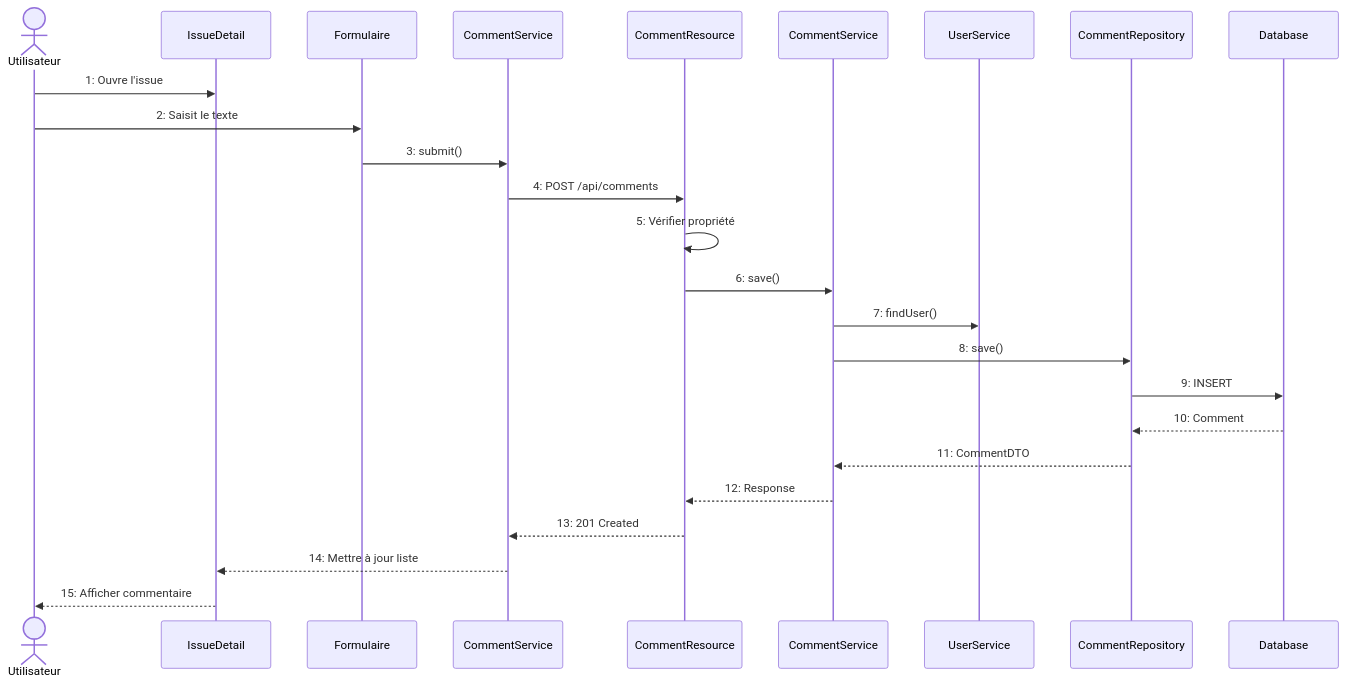
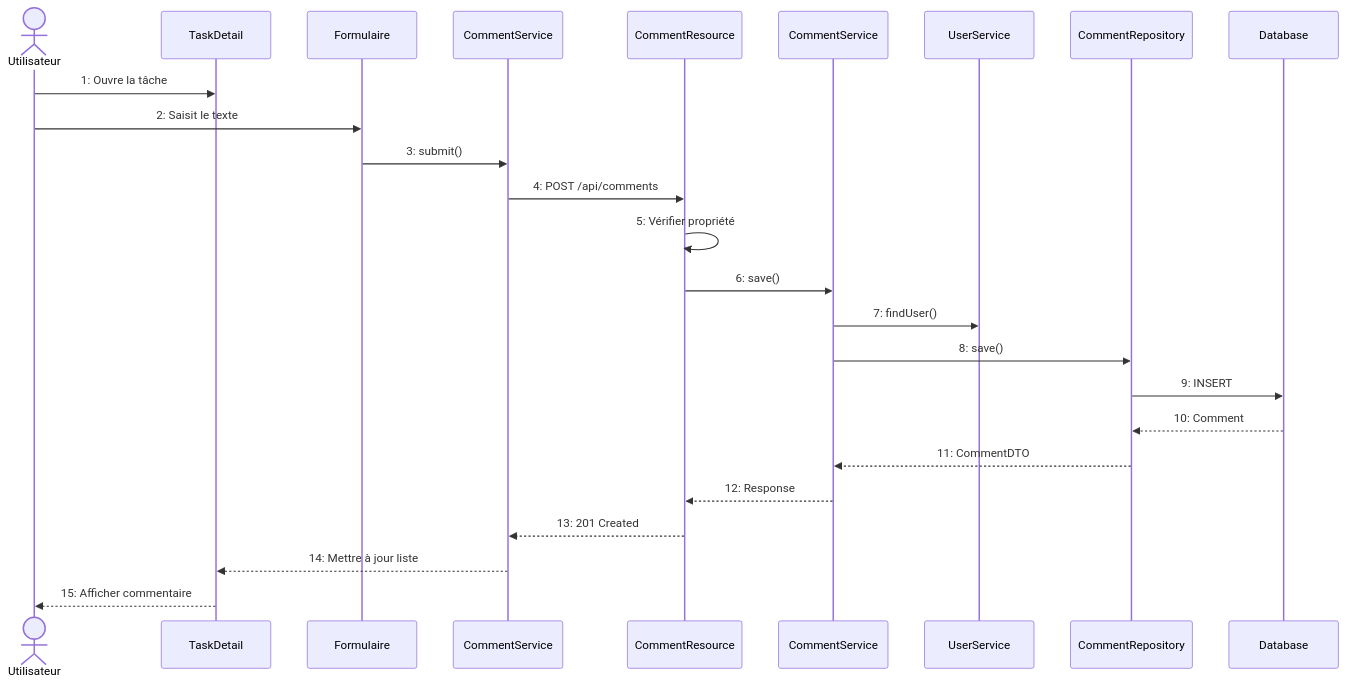
One commit to 24231-Brahim/gestion_taches changed diagram 15 of 19 in docs/fiche-classes.md. Above: the diagram before and after it, drawn with Mermaid. The commit also changed other lines of this file and 42 other files, not shown here.

````diff
--- a/docs/fiche-classes.md
+++ b/docs/fiche-classes.md
@@ -760,28 +744,28 @@
 ```mermaid
 sequenceDiagram
     actor User as Utilisateur
-    participant D as IssueDetail
+    participant D as TaskDetail
     participant F as Formulaire
     participant CS as CommentService
     participant API as CommentResource
     participant SVC as CommentService
     participant US as UserService
     participant REP as CommentRepository
     participant DB as Database
 
-    User->>D: 1: Ouvre l'issue
+    User->>D: 1: Ouvre la tâche
     User->>F: 2: Saisit le texte
     F->>CS: 3: submit()
     CS->>API: 4: POST /api/comments
     API->>API: 5: Vérifier propriété
     API->>SVC: 6: save()
     SVC->>US: 7: findUser()
     SVC->>REP: 8: save()
     REP->>DB: 9: INSERT
     DB-->>REP: 10: Comment
     REP-->>SVC: 11: CommentDTO
     SVC-->>API: 12: Response
     API-->>CS: 13: 201 Created
     CS-->>D: 14: Mettre à jour liste
     D-->>User: 15: Afficher commentaire
 ```
````
